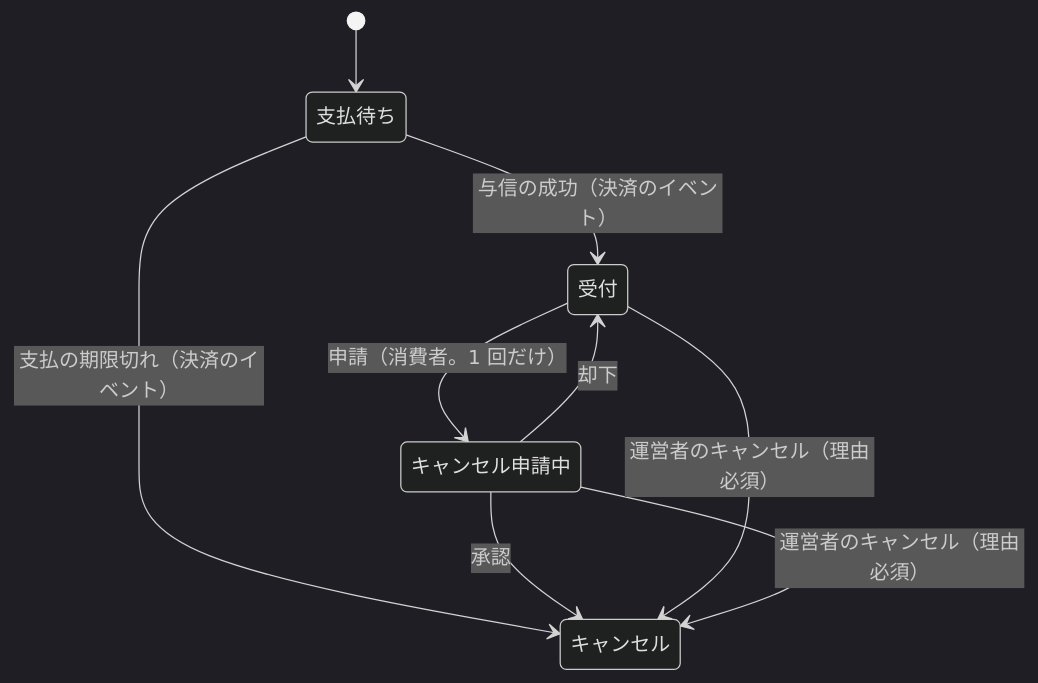
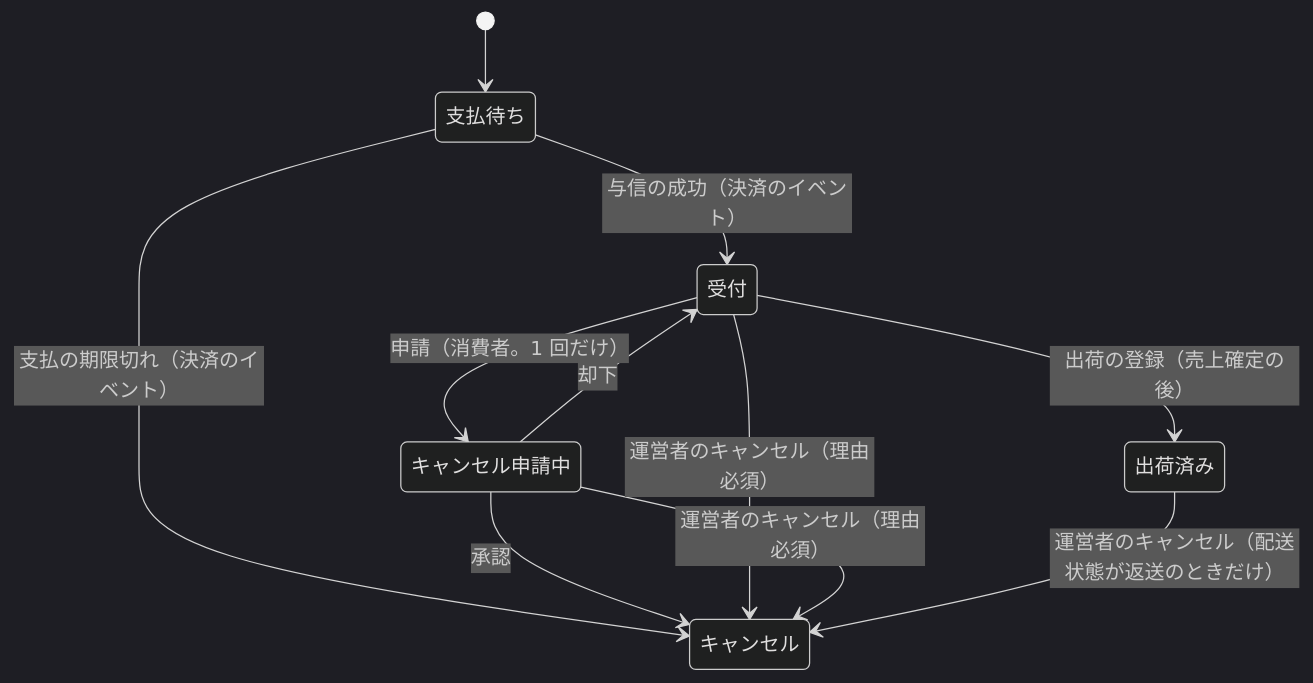
One commit to roger88106/ec-site changed the diagram in docs/backend/modules/order.md. Above: the diagram before and after it, drawn with Mermaid (dark theme). The commit also changed other lines of this file and 1 other file, not shown here.

````diff
--- a/docs/backend/modules/order.md
+++ b/docs/backend/modules/order.md
@@ -49,11 +49,13 @@
 ```mermaid
 stateDiagram-v2
     [*] --> 支払待ち
     支払待ち --> 受付: 与信の成功（決済のイベント）
     支払待ち --> キャンセル: 支払の期限切れ（決済のイベント）
     受付 --> キャンセル申請中: 申請（消費者。1 回だけ）
     キャンセル申請中 --> キャンセル: 承認
     キャンセル申請中 --> 受付: 却下
     受付 --> キャンセル: 運営者のキャンセル（理由必須）
     キャンセル申請中 --> キャンセル: 運営者のキャンセル（理由必須）
+    受付 --> 出荷済み: 出荷の登録（売上確定の後）
+    出荷済み --> キャンセル: 運営者のキャンセル（配送状態が返送のときだけ）
 ```
````
